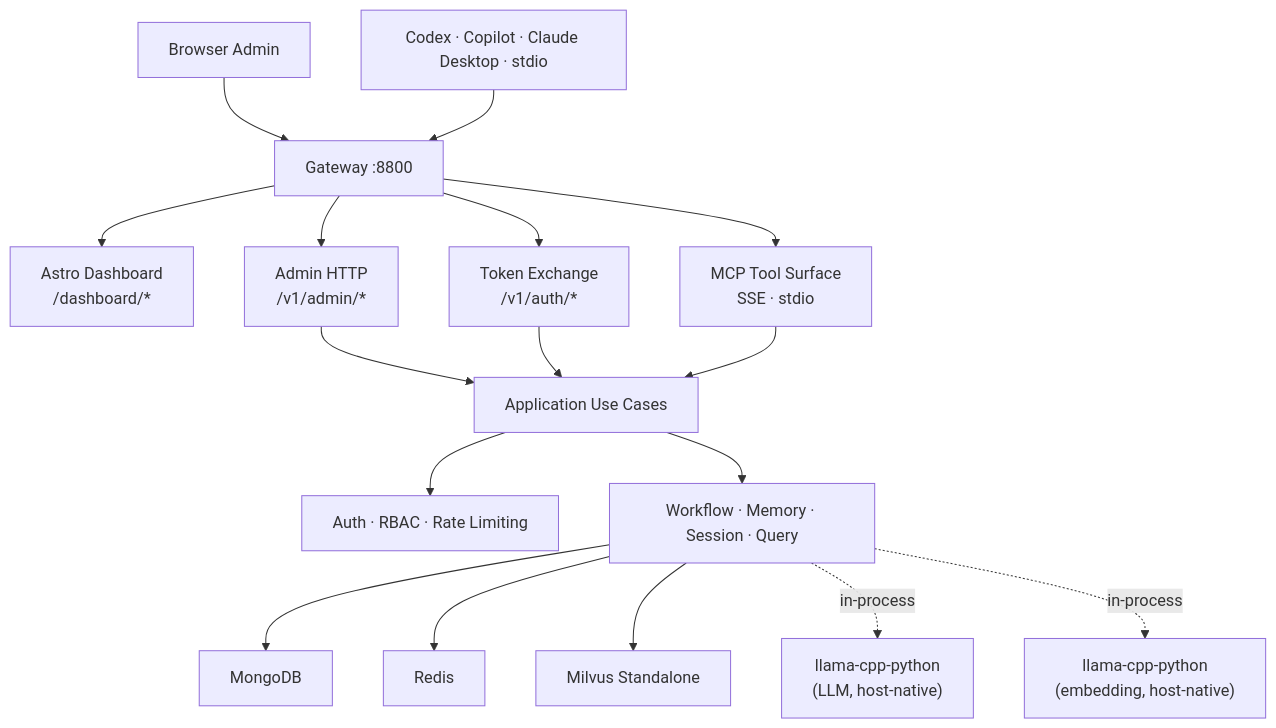
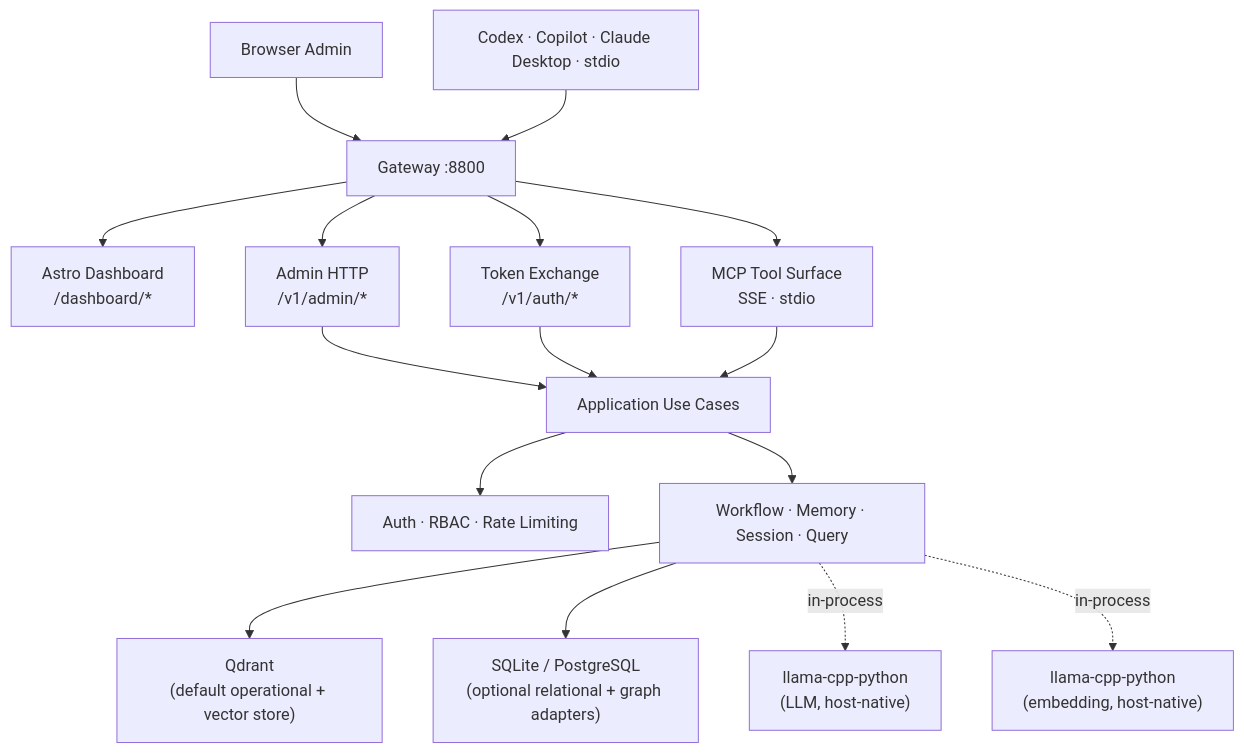
Before and after one commit to hiimtrung/minder: the diagram in docs/architecture/minder-server.md, drawn with Mermaid. The commit also changed other lines of this file and 108 other files, not shown here.

````diff
--- a/docs/architecture/minder-server.md
+++ b/docs/architecture/minder-server.md
@@ -12,21 +12,20 @@
 ```mermaid
 flowchart TB
     Browser["Browser Admin"] --> Gateway["Gateway :8800"]
     MCP["Codex · Copilot · Claude Desktop · stdio"] --> Gateway
 
     Gateway --> Dashboard["Astro Dashboard\n/dashboard/*"]
     Gateway --> AdminAPI["Admin HTTP\n/v1/admin/*"]
     Gateway --> AuthAPI["Token Exchange\n/v1/auth/*"]
     Gateway --> MCPTools["MCP Tool Surface\nSSE · stdio"]
 
     AdminAPI & AuthAPI & MCPTools --> UseCases["Application Use Cases"]
 
     UseCases --> Auth["Auth · RBAC · Rate Limiting"]
     UseCases --> Services["Workflow · Memory · Session · Query"]
 
-    Services --> Mongo["MongoDB"]
-    Services --> Redis["Redis"]
-    Services --> Milvus["Milvus Standalone"]
+    Services --> Qdrant["Qdrant\n(default operational + vector store)"]
+    Services --> SqlStore["SQLite / PostgreSQL\n(optional relational + graph adapters)"]
     Services -.->|"in-process"| LlamaCpp["llama-cpp-python\n(LLM, host-native)"]
     Services -.->|"in-process"| LlamaCppEmbed["llama-cpp-python\n(embedding, host-native)"]
 ```
````
